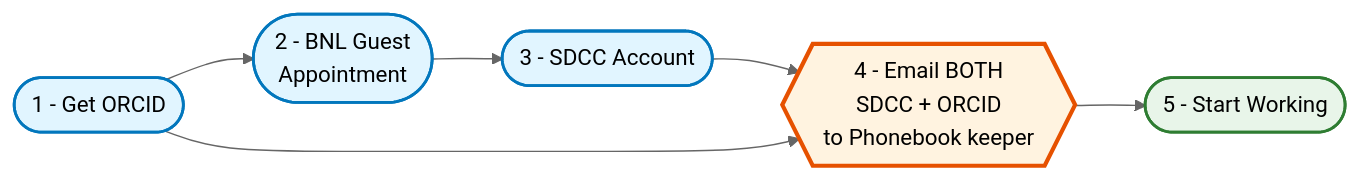
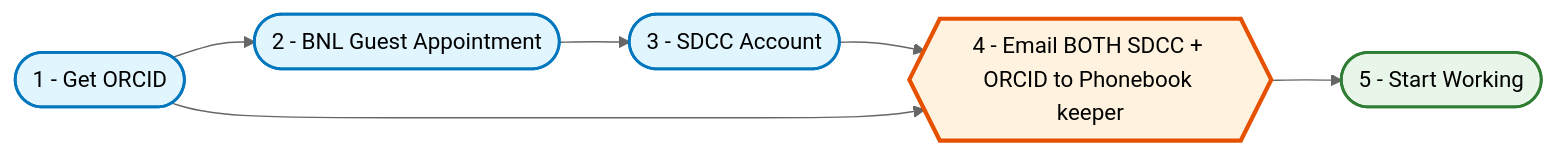
Before and after one commit to star-juniors/star-juniors.github.io: the first of 2 diagrams in docs/get_started.md, drawn with Mermaid (neutral theme). The commit also changed other lines of this file, not shown here.

````diff
--- a/docs/get_started.md
+++ b/docs/get_started.md
@@ -24,14 +24,13 @@
 ```mermaid
 flowchart LR
-    A([1 - Get ORCID]) --> B([2 - BNL Guest<br/>Appointment])
-    B --> C([3 - SDCC Account])
-    C --> D{{"4 - Email BOTH<br/>SDCC + ORCID<br/>to Phonebook keeper"}}
+    A(["1 - Get ORCID"]) --> B(["2 - BNL Guest Appointment"])
+    B --> C(["3 - SDCC Account"])
+    C --> D{{"4 - Email BOTH SDCC + ORCID to Phonebook keeper"}}
     A --> D
-    D --> E([5 - Start Working])
-
+    D --> E(["5 - Start Working"])
     style A fill:#e1f5ff,stroke:#0277bd,stroke-width:2px
     style B fill:#e1f5ff,stroke:#0277bd,stroke-width:2px
     style C fill:#e1f5ff,stroke:#0277bd,stroke-width:2px
     style D fill:#fff3e0,stroke:#e65100,stroke-width:3px
     style E fill:#e8f5e9,stroke:#2e7d32,stroke-width:2px
 ```
````
